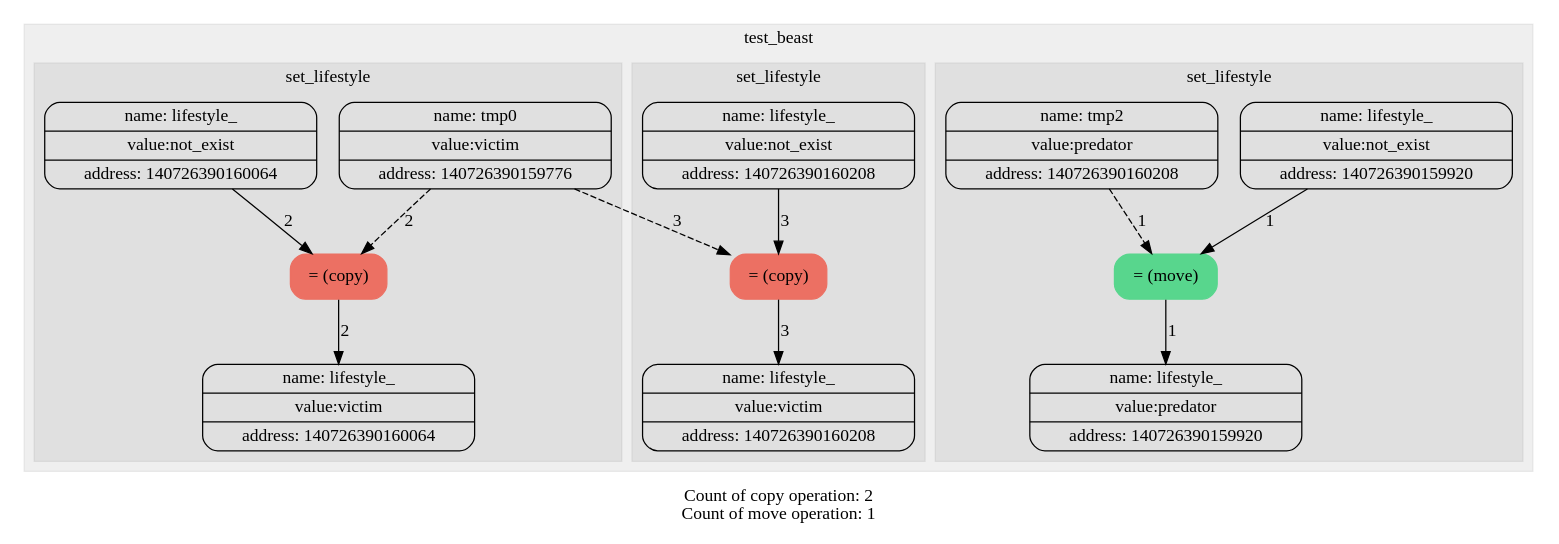
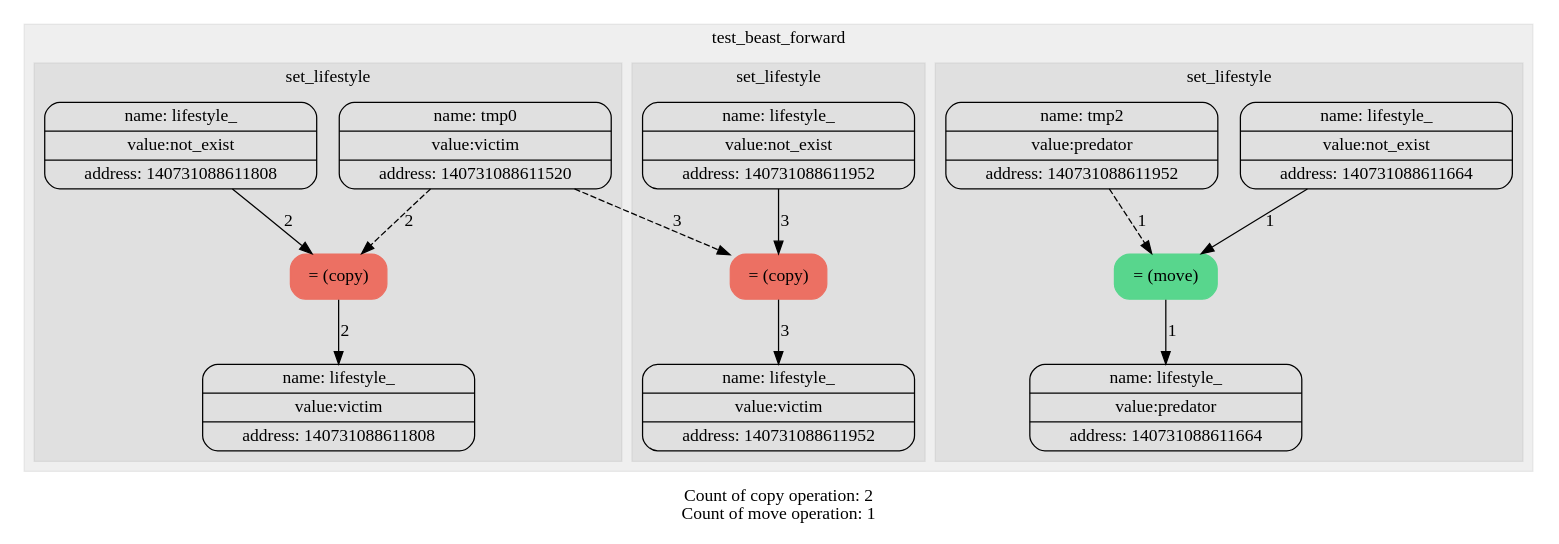
The diagram in diagrams/forward_beast.dot (levasemin/Move_Semantic), drawn with Graphviz before and after one commit. The commit also changed 37 other files, not shown here.

```diff
--- a/diagrams/forward_beast.dot
+++ b/diagrams/forward_beast.dot
@@ -1,49 +1,49 @@
 digraph G{
 trankdir=HR;
 node[shape=Mrecord];
 
 subgraph "cluster_0" {
-label = test_beast;
+label = test_beast_forward;
 style= filled
 color = "#00000010";
-1[label="{ {name: tmp0} | {value:victim} | {address: 140726390159776}} " color=""style=""];
-2[label="{ {name: tmp1} | {value:not_exist} | {address: 140726390159920}} " color=""style=""];
-2[label="{ {name: lifestyle_} | {value:not_exist} | {address: 140726390159920}} " color=""style=""];
-3[label="{ {name: tmp2} | {value:predator} | {address: 140726390160208}} " color=""style=""];
+1[label="{ {name: tmp0} | {value:victim} | {address: 140731088611520}} " color=""style=""];
+2[label="{ {name: tmp1} | {value:not_exist} | {address: 140731088611664}} " color=""style=""];
+2[label="{ {name: lifestyle_} | {value:not_exist} | {address: 140731088611664}} " color=""style=""];
+3[label="{ {name: tmp2} | {value:predator} | {address: 140731088611952}} " color=""style=""];
 subgraph "cluster_1" {
 label = set_lifestyle;
 style= filled
 color = "#00000010";
 4[label="= (move)" color = "#58D68D" style = "filled"];
 edge[style = "" color = ""label = "1"]2->4;
 edge[style = "dashed" color = ""label = "1"]3->4;
-5[label="{ {name: lifestyle_} | {value:predator} | {address: 140726390159920}} " color=""style=""];
+5[label="{ {name: lifestyle_} | {value:predator} | {address: 140731088611664}} " color=""style=""];
 edge[style = "" color = ""label = "1"]4->5;
 }
-6[label="{ {name: tmp3} | {value:not_exist} | {address: 140726390160064}} " color=""style=""];
-6[label="{ {name: lifestyle_} | {value:not_exist} | {address: 140726390160064}} " color=""style=""];
+6[label="{ {name: tmp3} | {value:not_exist} | {address: 140731088611808}} " color=""style=""];
+6[label="{ {name: lifestyle_} | {value:not_exist} | {address: 140731088611808}} " color=""style=""];
 subgraph "cluster_2" {
 label = set_lifestyle;
 style= filled
 color = "#00000010";
 7[label="= (copy)" color = "#EC7063" style = "filled"];
 edge[style = "" color = ""label = "2"]6->7;
 edge[style = "dashed" color = ""label = "2"]1->7;
-8[label="{ {name: lifestyle_} | {value:victim} | {address: 140726390160064}} " color=""style=""];
+8[label="{ {name: lifestyle_} | {value:victim} | {address: 140731088611808}} " color=""style=""];
 edge[style = "" color = ""label = "2"]7->8;
 }
-9[label="{ {name: tmp4} | {value:not_exist} | {address: 140726390160208}} " color=""style=""];
-9[label="{ {name: lifestyle_} | {value:not_exist} | {address: 140726390160208}} " color=""style=""];
+9[label="{ {name: tmp4} | {value:not_exist} | {address: 140731088611952}} " color=""style=""];
+9[label="{ {name: lifestyle_} | {value:not_exist} | {address: 140731088611952}} " color=""style=""];
 subgraph "cluster_3" {
 label = set_lifestyle;
 style= filled
 color = "#00000010";
 10[label="= (copy)" color = "#EC7063" style = "filled"];
 edge[style = "" color = ""label = "3"]9->10;
 edge[style = "dashed" color = ""label = "3"]1->10;
-11[label="{ {name: lifestyle_} | {value:victim} | {address: 140726390160208}} " color=""style=""];
+11[label="{ {name: lifestyle_} | {value:victim} | {address: 140731088611952}} " color=""style=""];
 edge[style = "" color = ""label = "3"]10->11;
 }
 }
 label="Count of copy operation: 2
 Count of move operation: 1"}
```
